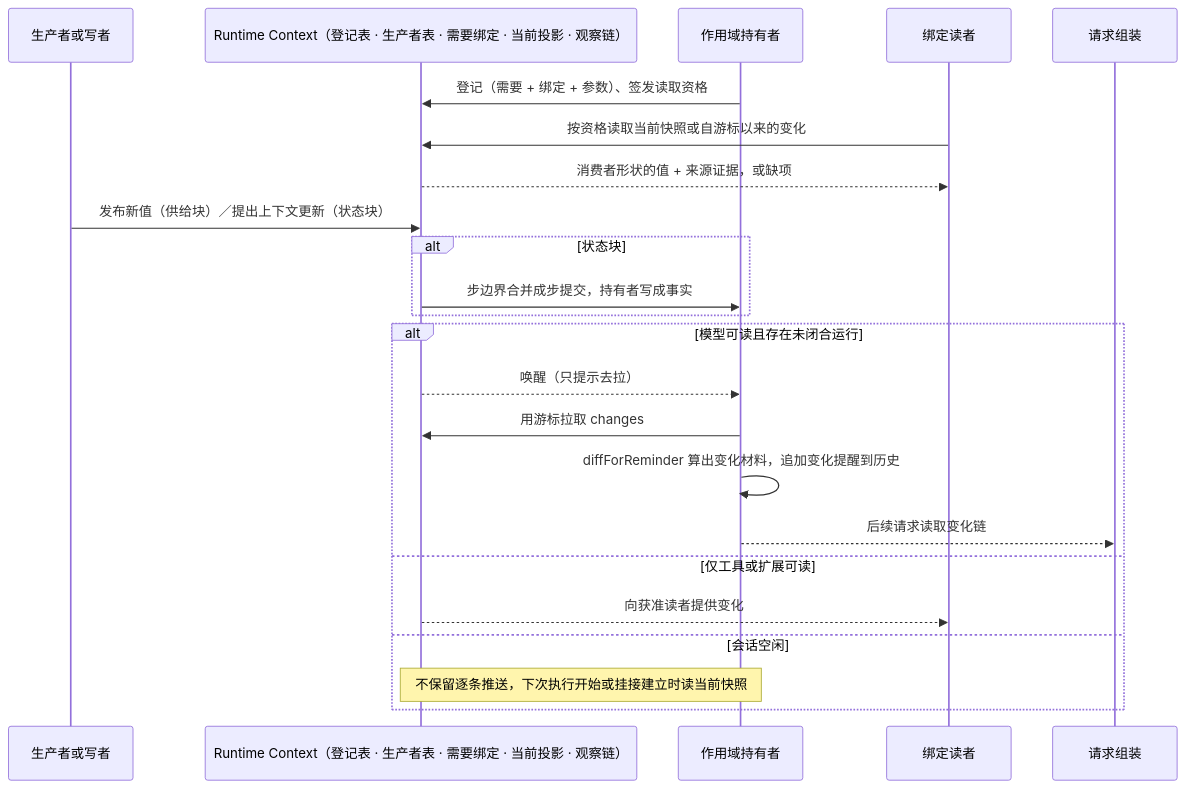
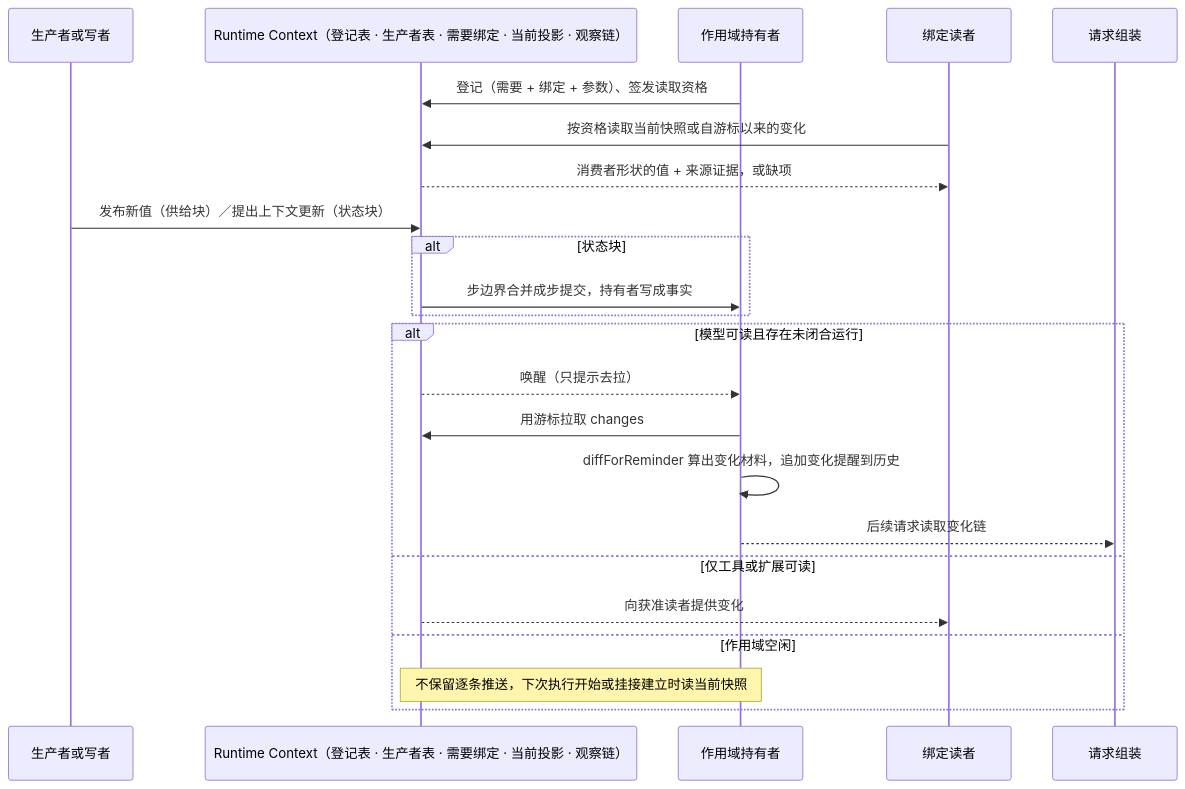
One commit to nemori-ai/omne-harness-lite changed the first of 2 diagrams in docs/architecture/runtime/runtime-context.md. Above: the diagram before and after it, drawn with Mermaid. The commit also changed other lines of this file and 34 other files, not shown here.

````diff
--- a/docs/architecture/runtime/runtime-context.md
+++ b/docs/architecture/runtime/runtime-context.md
@@ -69,25 +59,25 @@
 ```mermaid
 sequenceDiagram
     participant P as 生产者或写者
     participant C as Runtime Context（登记表 · 生产者表 · 需要绑定 · 当前投影 · 观察链）
     participant H as 作用域持有者
     participant R as 绑定读者
     participant Q as 请求组装
     H->>C: 登记（需要 + 绑定 + 参数）、签发读取资格
     R->>C: 按资格读取当前快照或自游标以来的变化
     C-->>R: 消费者形状的值 + 来源证据，或缺项
     P->>C: 发布新值（供给块）／提出上下文更新（状态块）
     alt 状态块
         C->>H: 步边界合并成步提交，持有者写成事实
     end
     alt 模型可读且存在未闭合运行
         C-->>H: 唤醒（只提示去拉）
         H->>C: 用游标拉取 changes
         H->>H: diffForReminder 算出变化材料，追加变化提醒到历史
         H-->>Q: 后续请求读取变化链
     else 仅工具或扩展可读
         C-->>R: 向获准读者提供变化
-    else 会话空闲
+    else 作用域空闲
         Note over C,H: 不保留逐条推送，下次执行开始或挂接建立时读当前快照
     end
 ```
````
